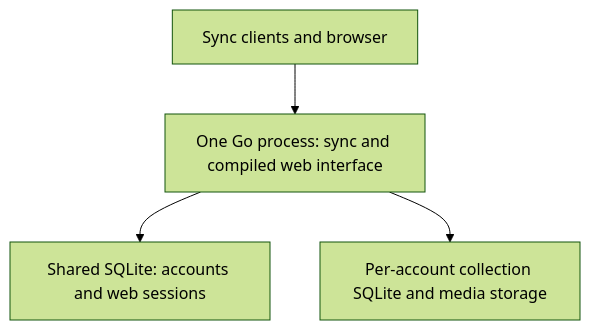
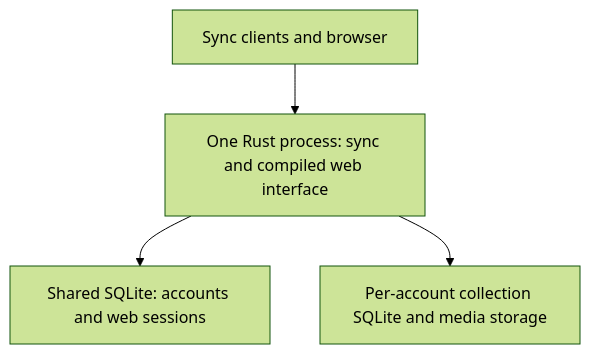
Before and after one commit to antoinefink/meguri: the first of 8 diagrams in docs/plans/2026-11-15-1028-feat-meguri-sync-server-plan.md, drawn with Mermaid (forest theme). The commit also changed other lines of this file and 1 other file, not shown here.

First line of the commit message:
Choose Rust and bound dependencies for Meguri Sync

````diff
--- a/docs/plans/2026-11-15-1028-feat-meguri-sync-server-plan.md
+++ b/docs/plans/2026-11-15-1028-feat-meguri-sync-server-plan.md
@@ -98,6 +100,6 @@
 ```mermaid
 flowchart TB
-    Clients["Sync clients and browser"] --> Go["One Go process: sync and compiled web interface"]
-    Go --> Shared["Shared SQLite: accounts and web sessions"]
-    Go --> Collections["Per-account collection SQLite and media storage"]
+    Clients["Sync clients and browser"] --> Server["One Rust process: sync and compiled web interface"]
+    Server --> Shared["Shared SQLite: accounts and web sessions"]
+    Server --> Collections["Per-account collection SQLite and media storage"]
 ```
````
